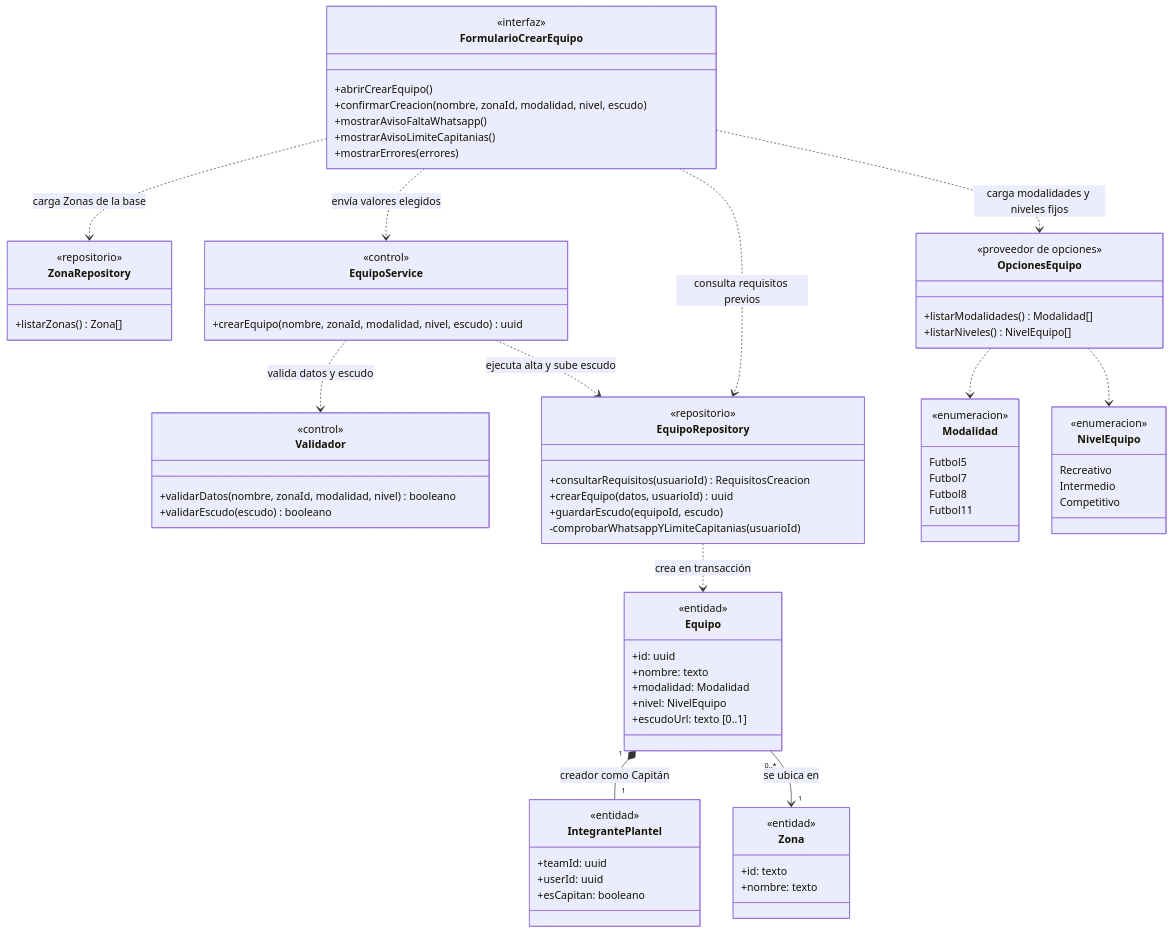
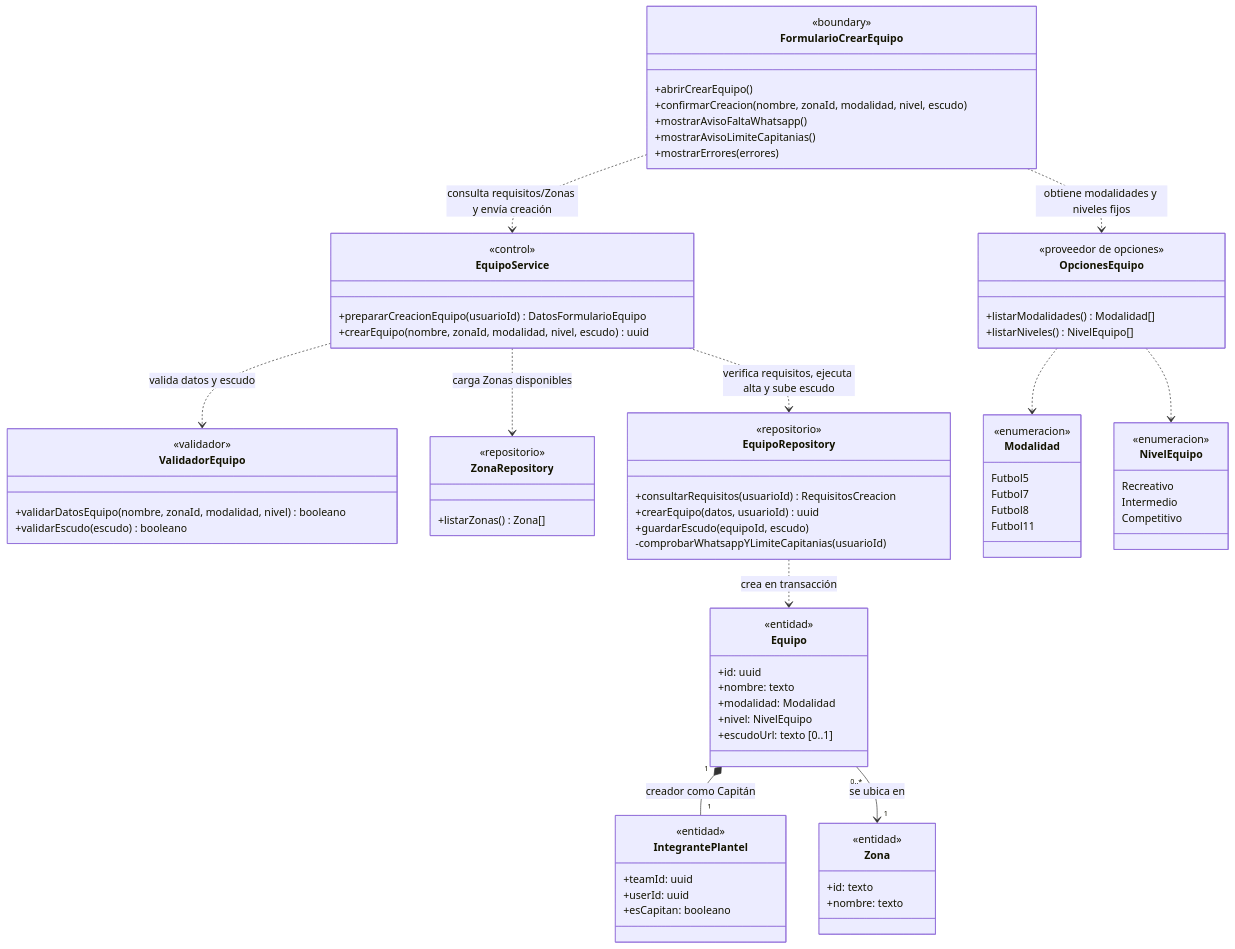
Before and after one commit to nicqletal/torneos-scraper: the second of 11 diagrams in docs/diagramas-de-clase/equipos.md, drawn with Mermaid. The commit also changed other lines of this file and 12 other files, not shown here.

Commit message:
Correcion Diagramas de Clase

````diff
--- a/docs/diagramas-de-clase/equipos.md
+++ b/docs/diagramas-de-clase/equipos.md
@@ -158,80 +132,80 @@
 ```mermaid
 classDiagram
 direction TB
 class FormularioCrearEquipo {
-  <<interfaz>>
+  <<boundary>>
   +abrirCrearEquipo()
   +confirmarCreacion(nombre, zonaId, modalidad, nivel, escudo)
   +mostrarAvisoFaltaWhatsapp()
   +mostrarAvisoLimiteCapitanias()
   +mostrarErrores(errores)
-}
-class ZonaRepository {
-  <<repositorio>>
-  +listarZonas() Zona[]
 }
 class OpcionesEquipo {
   <<proveedor de opciones>>
   +listarModalidades() Modalidad[]
   +listarNiveles() NivelEquipo[]
 }
 class EquipoService {
   <<control>>
+  +prepararCreacionEquipo(usuarioId) DatosFormularioEquipo
   +crearEquipo(nombre, zonaId, modalidad, nivel, escudo) uuid
 }
-class Validador {
-  <<control>>
-  +validarDatos(nombre, zonaId, modalidad, nivel) booleano
+class ValidadorEquipo {
+  <<validador>>
+  +validarDatosEquipo(nombre, zonaId, modalidad, nivel) booleano
   +validarEscudo(escudo) booleano
+}
+class ZonaRepository {
+  <<repositorio>>
+  +listarZonas() Zona[]
 }
 class EquipoRepository {
   <<repositorio>>
   +consultarRequisitos(usuarioId) RequisitosCreacion
   +crearEquipo(datos, usuarioId) uuid
   +guardarEscudo(equipoId, escudo)
   -comprobarWhatsappYLimiteCapitanias(usuarioId)
 }
 class Equipo {
   <<entidad>>
   +id: uuid
   +nombre: texto
   +modalidad: Modalidad
   +nivel: NivelEquipo
   +escudoUrl: texto [0..1]
 }
 class IntegrantePlantel {
   <<entidad>>
   +teamId: uuid
   +userId: uuid
   +esCapitan: booleano
 }
 class Zona {
   <<entidad>>
   +id: texto
   +nombre: texto
 }
 class Modalidad {
   <<enumeracion>>
   Futbol5
   Futbol7
   Futbol8
   Futbol11
 }
 class NivelEquipo {
   <<enumeracion>>
   Recreativo
   Intermedio
   Competitivo
 }
-FormularioCrearEquipo ..> EquipoRepository : consulta requisitos previos
-FormularioCrearEquipo ..> ZonaRepository : carga Zonas de la base
-FormularioCrearEquipo ..> OpcionesEquipo : carga modalidades y niveles fijos
-FormularioCrearEquipo ..> EquipoService : envía valores elegidos
-EquipoService ..> Validador : valida datos y escudo
-EquipoService ..> EquipoRepository : ejecuta alta y sube escudo
+FormularioCrearEquipo ..> OpcionesEquipo : obtiene modalidades y niveles fijos
+FormularioCrearEquipo ..> EquipoService : consulta requisitos/Zonas y envía creación
+EquipoService ..> ZonaRepository : carga Zonas disponibles
+EquipoService ..> ValidadorEquipo : valida datos y escudo
+EquipoService ..> EquipoRepository : verifica requisitos, ejecuta alta y sube escudo
 EquipoRepository ..> Equipo : crea en transacción
 Equipo "1" *-- "1" IntegrantePlantel : creador como Capitán
 Equipo "0..*" --> "1" Zona : se ubica en
 OpcionesEquipo ..> Modalidad
 OpcionesEquipo ..> NivelEquipo
 ```
````
